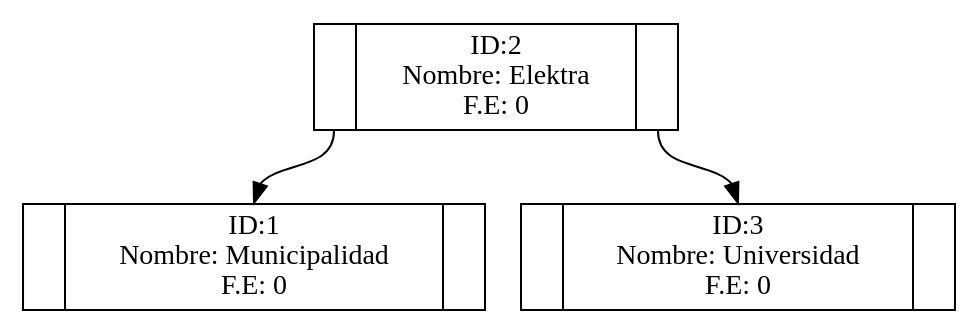
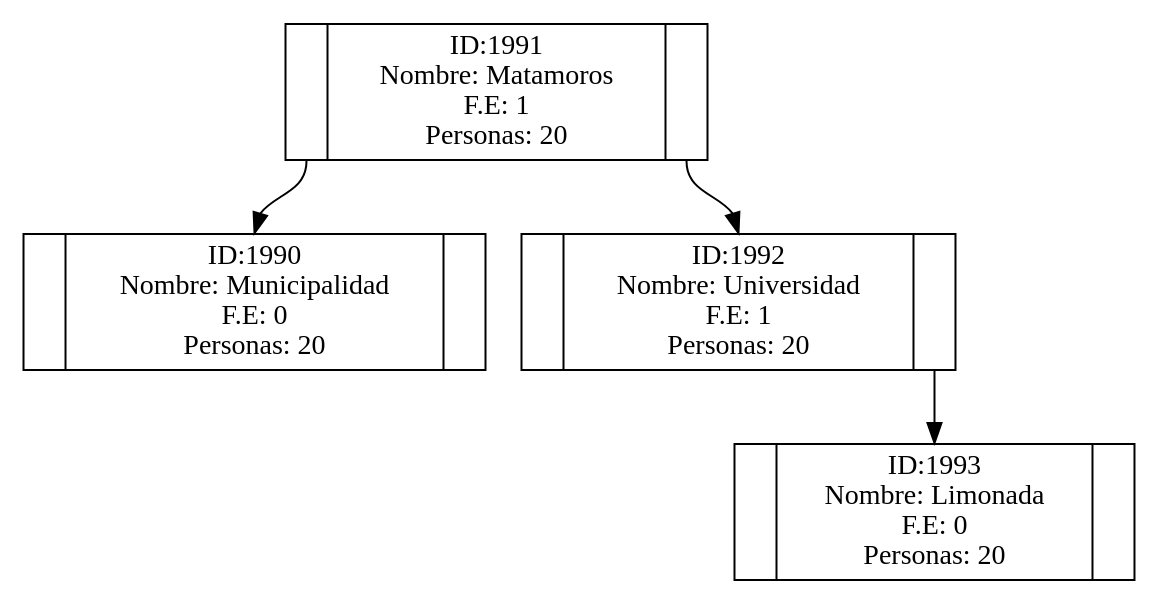
The diagram in Graphviz/arbolEstacionClave.dot (Luiskr1993/Proyecto1s22015_201122864a), drawn with Graphviz before and after one commit. The commit also changed 22 other files, not shown here.

```diff
--- a/Graphviz/arbolEstacionClave.dot
+++ b/Graphviz/arbolEstacionClave.dot
@@ -1,8 +1,10 @@
 digraph Arbol{
 node [shape=record];
-n_2[label = "<izq> |<dat> ID:2 \n Nombre: Elektra\n F.E:  0 |<der>"]
-n_2:izq -> n_1:dat;
-n_1[label = "<izq> |<dat> ID:1 \n Nombre: Municipalidad\n F.E:  0 |<der>"]
-n_2:der -> n_3:dat;
-n_3[label = "<izq> |<dat> ID:3 \n Nombre: Universidad\n F.E:  0 |<der>"]
+n_1991[label = "<izq> |<dat> ID:1991 \n Nombre: Matamoros\n F.E:  1\n Personas:  20 |<der>"]
+n_1991:izq -> n_1990:dat;
+n_1990[label = "<izq> |<dat> ID:1990 \n Nombre: Municipalidad\n F.E:  0\n Personas:  20 |<der>"]
+n_1991:der -> n_1992:dat;
+n_1992[label = "<izq> |<dat> ID:1992 \n Nombre: Universidad\n F.E:  1\n Personas:  20 |<der>"]
+n_1992:der -> n_1993:dat;
+n_1993[label = "<izq> |<dat> ID:1993 \n Nombre: Limonada\n F.E:  0\n Personas:  20 |<der>"]
 }
```
